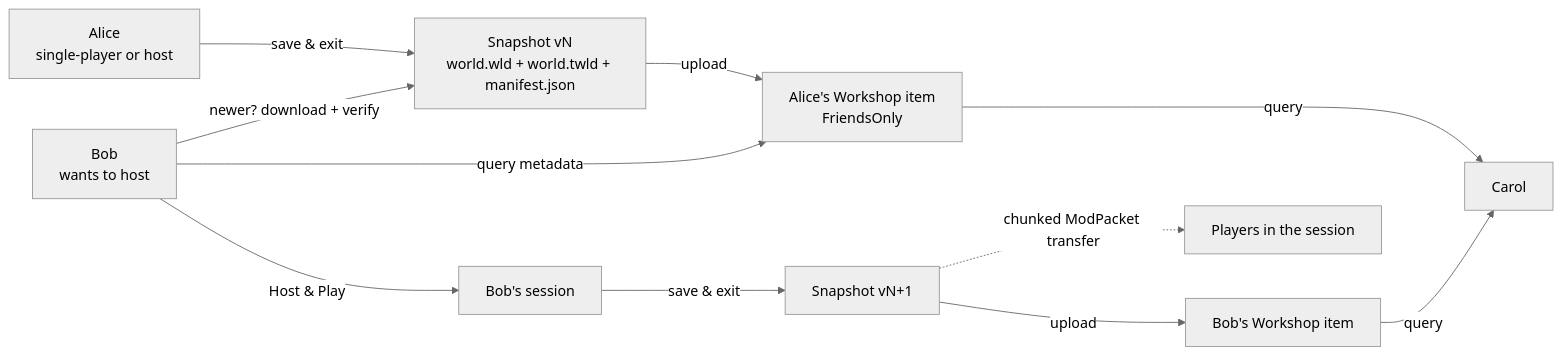
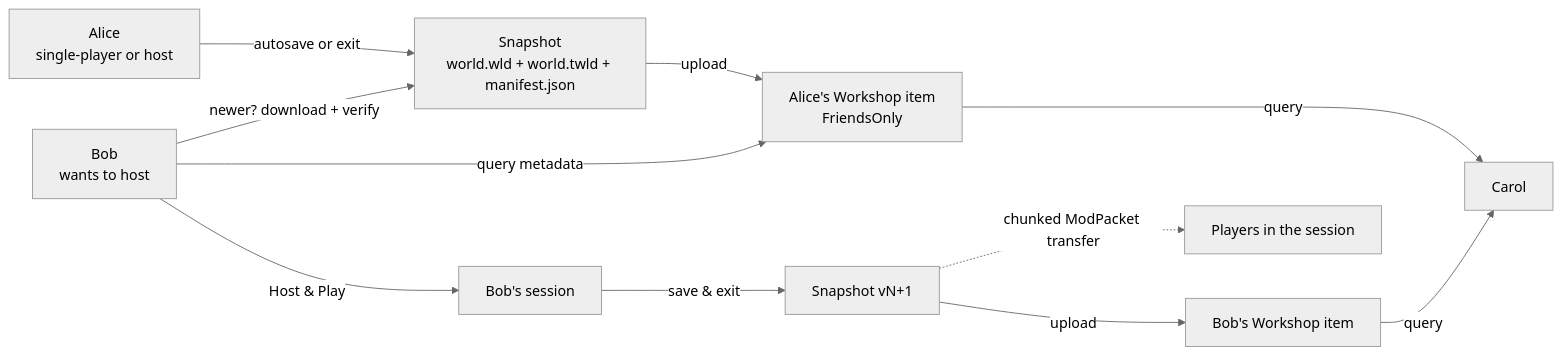
The diagram in README.md (Hiyzta/SharedWorlds), drawn with Mermaid (neutral theme) before and after one commit. The commit also changed other lines of this file and 26 other files, not shown here.

Commit message:
feat: add live Play screen, autosave uploads, and host recovery

````diff
--- a/README.md
+++ b/README.md
@@ -42,13 +42,13 @@
 ```mermaid
 flowchart LR
-    A["Alice<br/>single-player or host"] -->|save & exit| S["Snapshot vN<br/>world.wld + world.twld + manifest.json"]
+    A["Alice<br/>single-player or host"] -->|autosave or exit| S["Snapshot<br/>world.wld + world.twld + manifest.json"]
     S -->|upload| AW["Alice's Workshop item<br/>FriendsOnly"]
     B["Bob<br/>wants to host"] -->|query metadata| AW
     B -->|newer? download + verify| S
     B -->|Host & Play| S2["Bob's session"]
     S2 -->|save & exit| S3["Snapshot vN+1"]
     S3 -->|upload| BW["Bob's Workshop item"]
     S3 -.->|chunked ModPacket transfer| AC["Players in the session"]
     AW -->|query| C["Carol"]
     BW -->|query| C
 ```
````
